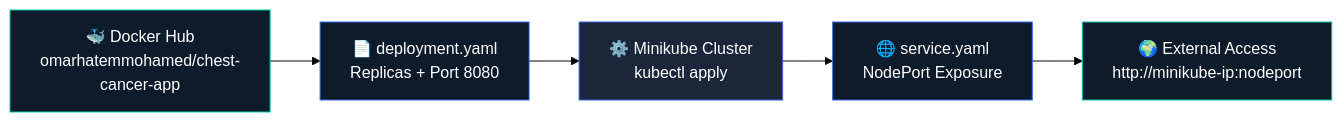
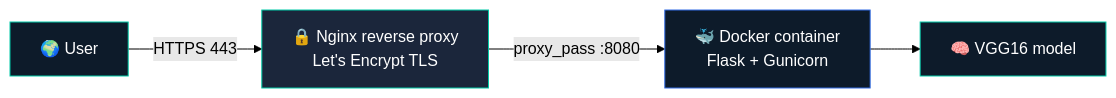
The fifth of 5 diagrams in README.md (omarhatem44/End-to-end-Chest-Cancer-Classification-), drawn with Mermaid (forest theme) before and after one commit. The commit also changed other lines of this file, not shown here.

````diff
--- a/README.md
+++ b/README.md
@@ -512,14 +389,10 @@
 ```mermaid
 graph LR
-    A["🐳 Docker Hub\nomarhatemmohamed/chest-cancer-app"] -->
-    B["📄 deployment.yaml\nReplicas + Port 8080"] -->
-    C["⚙️ Minikube Cluster\nkubectl apply"] -->
-    D["🌐 service.yaml\nNodePort Exposure"] -->
-    E["🌍 External Access\nhttp://minikube-ip:nodeport"]
-
-    style A fill:#0d1b2a,stroke:#00c9a7,color:#fff
-    style B fill:#0d1b2a,stroke:#326CE5,color:#fff
-    style C fill:#1b263b,stroke:#326CE5,color:#fff
+    U["🌍 User"] -->|HTTPS 443| N["🔒 Nginx reverse proxy<br/>Let's Encrypt TLS"]
+    N -->|proxy_pass :8080| D["🐳 Docker container<br/>Flask + Gunicorn"]
+    D --> M["🧠 VGG16 model"]
+    style U fill:#0d1b2a,stroke:#00c9a7,color:#fff
+    style N fill:#1b263b,stroke:#00c9a7,color:#fff
     style D fill:#0d1b2a,stroke:#326CE5,color:#fff
-    style E fill:#0d1b2a,stroke:#00c9a7,color:#fff
+    style M fill:#0d1b2a,stroke:#00c9a7,color:#fff
 ```
````
